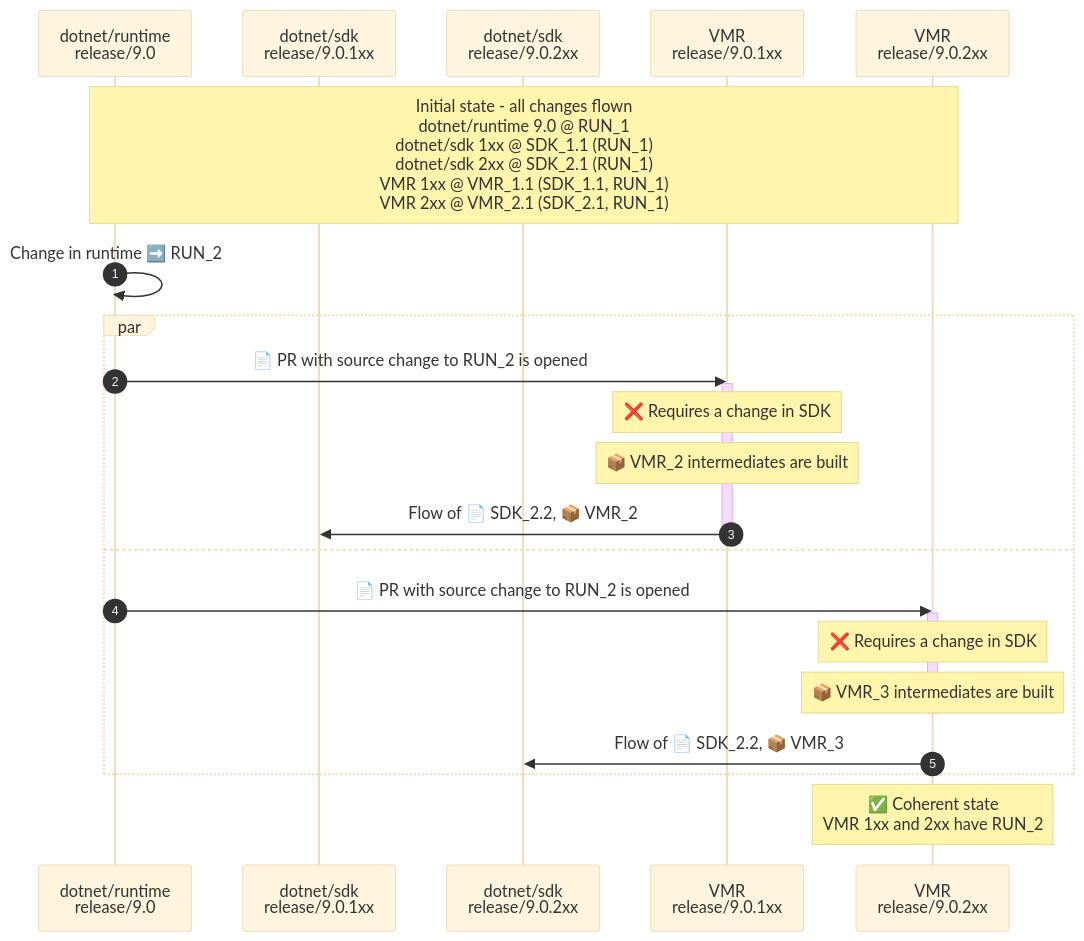
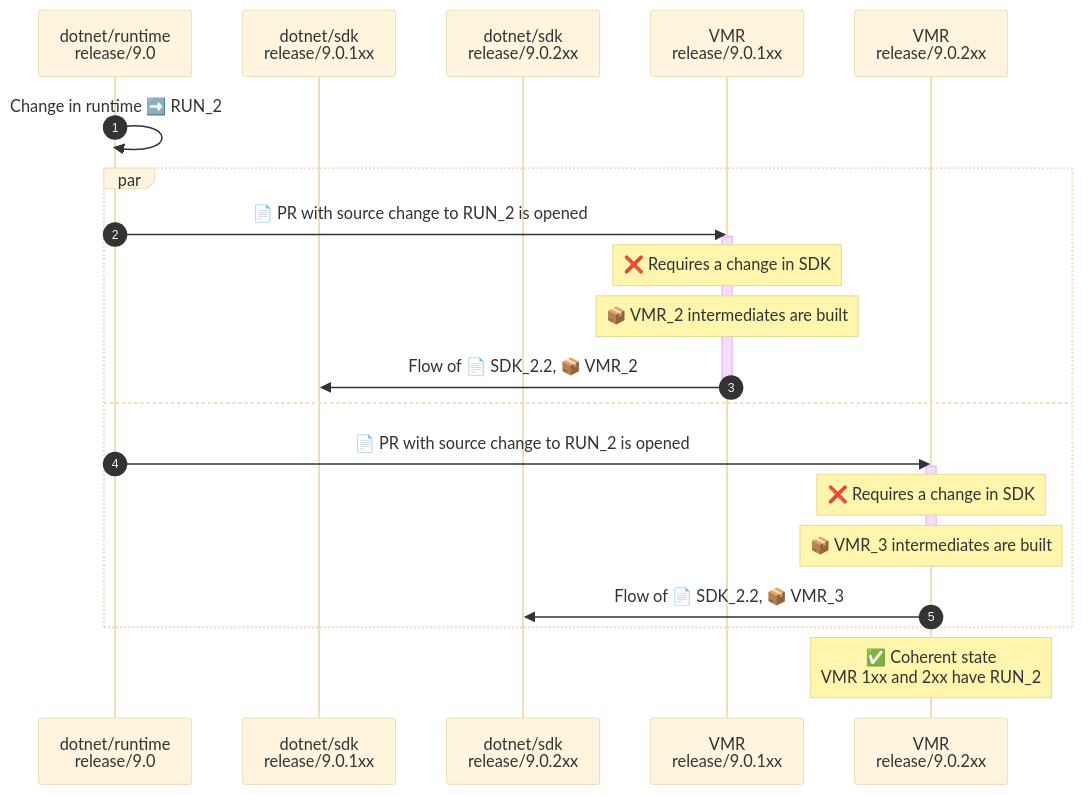
One commit to dotnet/arcade changed the seventh of 8 diagrams in Documentation/UnifiedBuild/VMR-Managing-SDK-Bands.md. Above: the diagram before and after it, drawn with Mermaid (base theme). The commit also changed other lines of this file, not shown here.

Commit message:
Remove initial state

````diff
--- a/Documentation/UnifiedBuild/VMR-Managing-SDK-Bands.md
+++ b/Documentation/UnifiedBuild/VMR-Managing-SDK-Bands.md
@@ -343,33 +339,31 @@
 ```mermaid
 sequenceDiagram
     autonumber
 
     participant runtime as dotnet/runtime<br />release/9.0
     participant SDK_1xx as dotnet/sdk<br />release/9.0.1xx
     participant SDK_2xx as dotnet/sdk<br />release/9.0.2xx
     participant VMR_1xx as VMR<br />release/9.0.1xx
     participant VMR_2xx as VMR<br />release/9.0.2xx
-
-    Note over runtime, VMR_2xx: Initial state - all changes flown<br />dotnet/runtime 9.0 @ RUN_1<br />dotnet/sdk 1xx @ SDK_1.1 (RUN_1)<br />dotnet/sdk 2xx @ SDK_2.1 (RUN_1)<br />VMR 1xx @ VMR_1.1 (SDK_1.1, RUN_1)<br />VMR 2xx @ VMR_2.1 (SDK_2.1, RUN_1)
 
     # Change in SDK+runtime
     runtime->>runtime: Change in runtime ➡️ RUN_2
 
     par
         runtime->>VMR_1xx: 📄 PR with source change to RUN_2 is opened
         activate VMR_1xx
         Note over VMR_1xx: ❌ Requires a change in SDK
         Note over VMR_1xx: 📦 VMR_2 intermediates are built
         VMR_1xx->>SDK_1xx: Flow of 📄 SDK_2.2, 📦 VMR_2
         deactivate VMR_1xx
     and
         runtime->>VMR_2xx: 📄 PR with source change to RUN_2 is opened
         activate VMR_2xx
         Note over VMR_2xx: ❌ Requires a change in SDK
         Note over VMR_2xx: 📦 VMR_3 intermediates are built
         deactivate VMR_2xx
         VMR_2xx->>SDK_2xx: Flow of 📄 SDK_2.2, 📦 VMR_3
     end
 
     Note over VMR_2xx: ✅ Coherent state<br />VMR 1xx and 2xx have RUN_2
 ```
````
